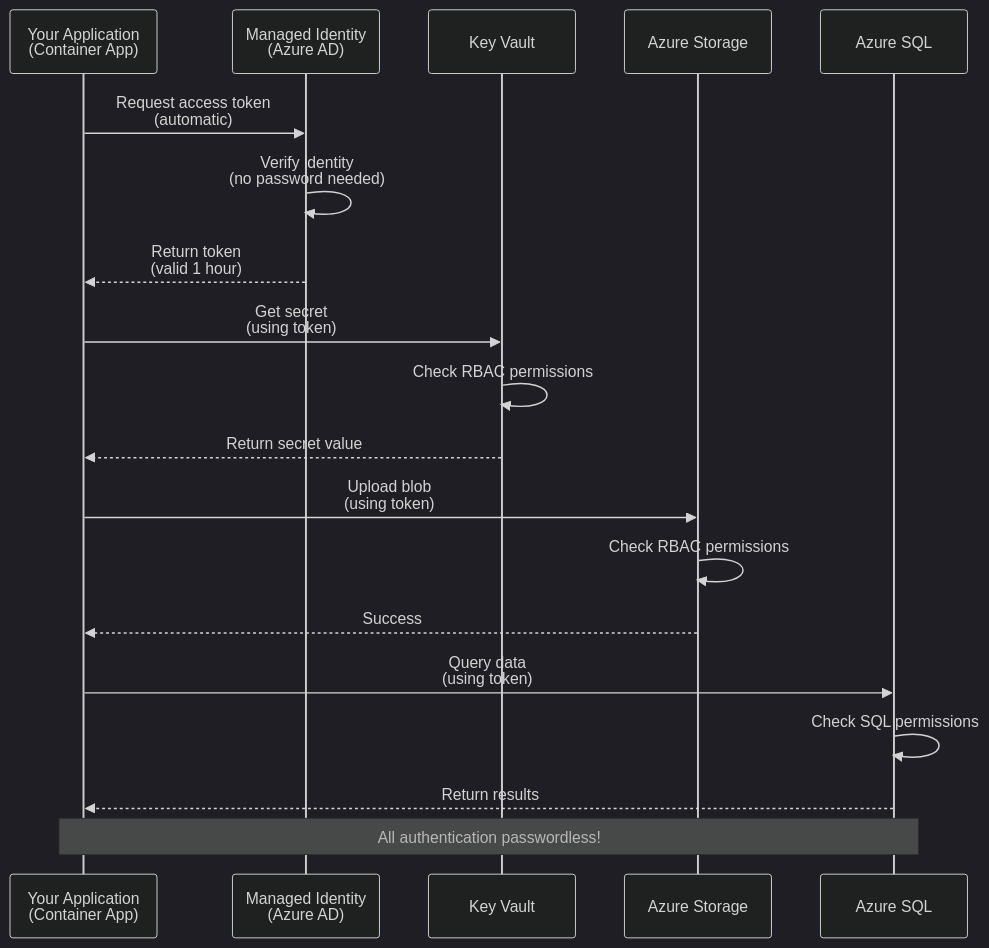
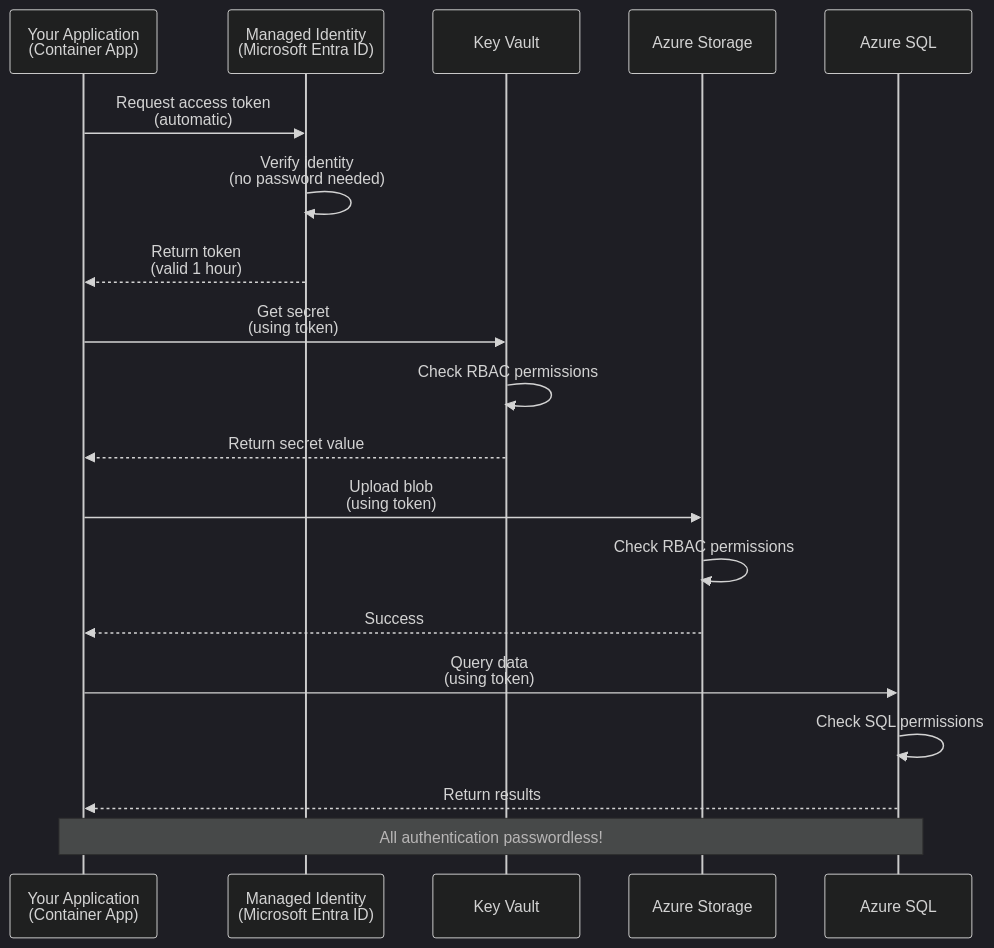
One commit to microsoft/AZD-for-beginners changed the first of 2 diagrams in docs/chapter-03-configuration/authsecurity.md. Above: the diagram before and after it, drawn with Mermaid (dark theme). The commit also changed other lines of this file and 33 other files, not shown here.

Commit message:
Update documentation and examples to reflect Azure AI Search and Microsoft Entra ID terminology changes; add new chapters on bringing existing apps to azd and using dev containers; introduce authoring custom azd templates and deploying multi-agent systems.

````diff
--- a/docs/chapter-03-configuration/authsecurity.md
+++ b/docs/chapter-03-configuration/authsecurity.md
@@ -69,26 +69,26 @@
 ```mermaid
 sequenceDiagram
     participant App as Your Application<br/>(Container App)
-    participant MI as Managed Identity<br/>(Azure AD)
+    participant MI as Managed Identity<br/>(Microsoft Entra ID)
     participant KV as Key Vault
     participant Storage as Azure Storage
     participant DB as Azure SQL
     
     App->>MI: Request access token<br/>(automatic)
     MI->>MI: Verify identity<br/>(no password needed)
     MI-->>App: Return token<br/>(valid 1 hour)
     
     App->>KV: Get secret<br/>(using token)
     KV->>KV: Check RBAC permissions
     KV-->>App: Return secret value
     
     App->>Storage: Upload blob<br/>(using token)
     Storage->>Storage: Check RBAC permissions
     Storage-->>App: Success
     
     App->>DB: Query data<br/>(using token)
     DB->>DB: Check SQL permissions
     DB-->>App: Return results
     
     Note over App,DB: All authentication passwordless!
 ```
````
